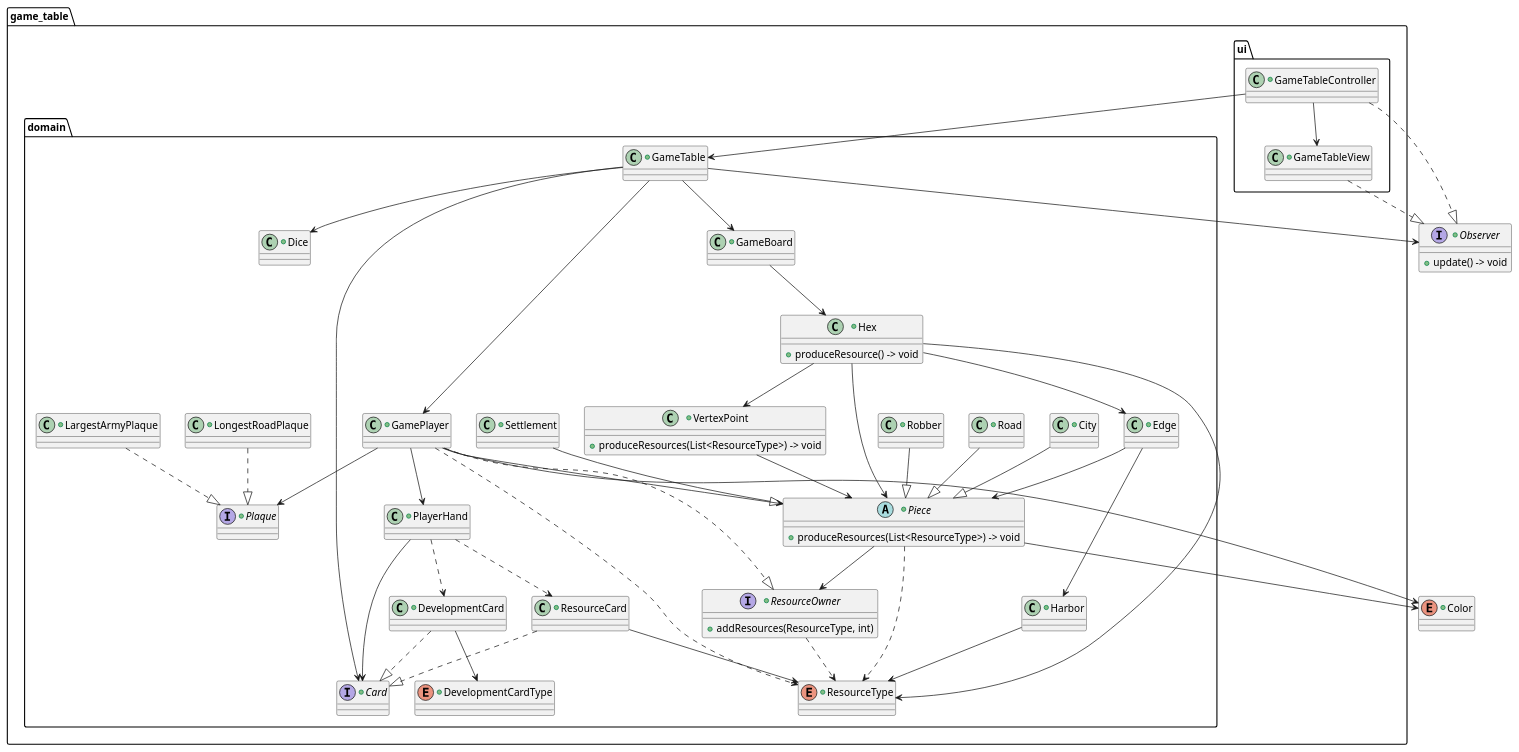
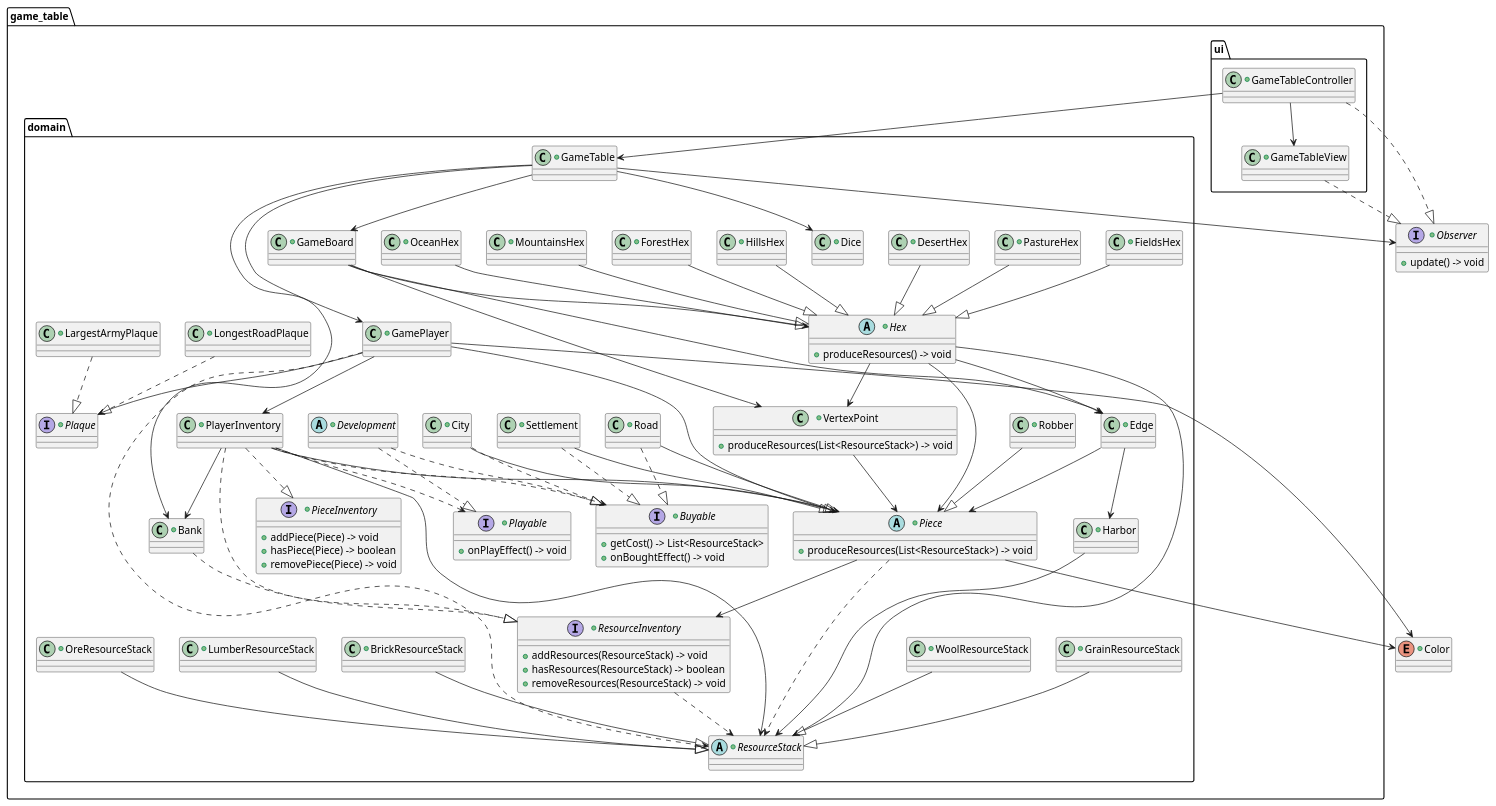
One commit to nu-cs-sqe/cs380-software-quality-engineering-20262701-course-project-group-5 changed the diagram in docs/design/game_table.puml. Above: the diagram before and after it, drawn with PlantUML.

Commit message:
Changed a bunch of stuff including ResourceStack classes and new interfaces

```diff
--- a/docs/design/game_table.puml
+++ b/docs/design/game_table.puml
@@ -24,32 +24,64 @@
     +class GameTable {
     }
 
+    +class Bank {
+    }
+
     +class GamePlayer {
     }
 
-    +interface ResourceOwner {
-        +addResources(ResourceType, int)
+    +interface ResourceInventory {
+        +addResources(ResourceStack) -> void
+        +hasResources(ResourceStack) -> boolean
+        +removeResources(ResourceStack) -> void
     }
 
-    +class PlayerHand {
+    +interface PieceInventory {
+        +addPiece(Piece) -> void
+        +hasPiece(Piece) -> boolean
+        +removePiece(Piece) -> void
+    }
+
+    +class PlayerInventory {
     }
 
     +class GameBoard {
     }
 
-    +class Hex {
-        +produceResource() -> void
+    +abstract class Hex {
+        +produceResources() -> void
+    }
+
+    +class HillsHex {
+    }
+
+    +class ForestHex {
+    }
+
+    +class MountainsHex {
+    }
+
+    +class FieldsHex {
+    }
+    
+    +class PastureHex {
+    }
+    
+    +class DesertHex {
+    }
+    
+    +class OceanHex {
     }
 
     +class VertexPoint {
-        +produceResources(List<ResourceType>) -> void
+        +produceResources(List<ResourceStack>) -> void
     }
 
     +class Edge {
     }
 
     +abstract class Piece {
-        +produceResources(List<ResourceType>) -> void
+        +produceResources(List<ResourceStack>) -> void
     }
 
     +class Settlement {
@@ -67,22 +99,37 @@
     +class Harbor {
     }
 
+    +interface Buyable {
+        +getCost() -> List<ResourceStack>
+        +onBoughtEffect() -> void
+    }
+
     +class Dice {
     }
 
-    +interface Card {
+    +interface Playable {
+        +onPlayEffect() -> void
     }
 
-    +class ResourceCard {
+    +abstract class Development {
     }
 
-    +class DevelopmentCard {
+    +abstract class ResourceStack {
     }
 
-    +enum ResourceType {
+    +class BrickResourceStack {
     }
 
-    +enum DevelopmentCardType {
+    +class LumberResourceStack {
+    }
+
+    +class OreResourceStack {
+    }
+
+    +class GrainResourceStack {
+    }
+
+    +class WoolResourceStack {
     }
 
     +interface Plaque {
@@ -105,47 +152,69 @@
 
 GameTable --> GamePlayer
 GameTable --> GameBoard
-GameTable --> Card
+GameTable --> Bank
 GameTable --> Dice
 GameTable --> Observer
 
-GamePlayer --> PlayerHand
+Bank ..|> ResourceInventory
+
+GamePlayer --> PlayerInventory
 GamePlayer --> Piece
 GamePlayer --> Color
 GamePlayer --> Plaque
-GamePlayer ..|> ResourceOwner
-GamePlayer ..> ResourceType
-ResourceOwner ..> ResourceType
+GamePlayer ..> ResourceStack
+ResourceInventory ..> ResourceStack
 
 GameBoard --> Hex
+GameBoard --> VertexPoint
+GameBoard --> Edge
 
 Hex --> Piece
 Hex --> VertexPoint
 Hex --> Edge
-Hex --> ResourceType
+
+Hex --> ResourceStack
+HillsHex --|> Hex
+ForestHex --|> Hex
+MountainsHex --|> Hex
+FieldsHex --|> Hex
+PastureHex --|> Hex
+DesertHex --|> Hex
+OceanHex --|> Hex
 
 VertexPoint --> Piece
 Edge --> Piece
 Edge --> Harbor
-Harbor --> ResourceType
+Harbor --> ResourceStack
 
-PlayerHand --> Card
-PlayerHand ..> ResourceCard
-PlayerHand ..> DevelopmentCard
+PlayerInventory ..|> ResourceInventory
+PlayerInventory ..|> PieceInventory
+PlayerInventory --> ResourceStack
+PlayerInventory --> Piece
+PlayerInventory --> Bank
+PlayerInventory ..> Playable
+PlayerInventory ..> Buyable
 
 Settlement --|> Piece
+Settlement ..|> Buyable
 City --|> Piece
+City ..|> Buyable
 Road --|> Piece
+Road ..|> Buyable
 Robber --|> Piece
 
-Piece --> ResourceOwner
-Piece ..> ResourceType
+BrickResourceStack --|> ResourceStack
+LumberResourceStack --|> ResourceStack
+OreResourceStack --|> ResourceStack
+GrainResourceStack --|> ResourceStack
+WoolResourceStack --|> ResourceStack
+
+Piece --> ResourceInventory
+Piece ..> ResourceStack
 Piece --> Color
 
-ResourceCard ..|> Card
-ResourceCard --> ResourceType
-DevelopmentCard ..|> Card
-DevelopmentCard --> DevelopmentCardType
+Development ..|> Playable
+Development ..|> Buyable
 
 LongestRoadPlaque ..|> Plaque
 LargestArmyPlaque ..|> Plaque
```
